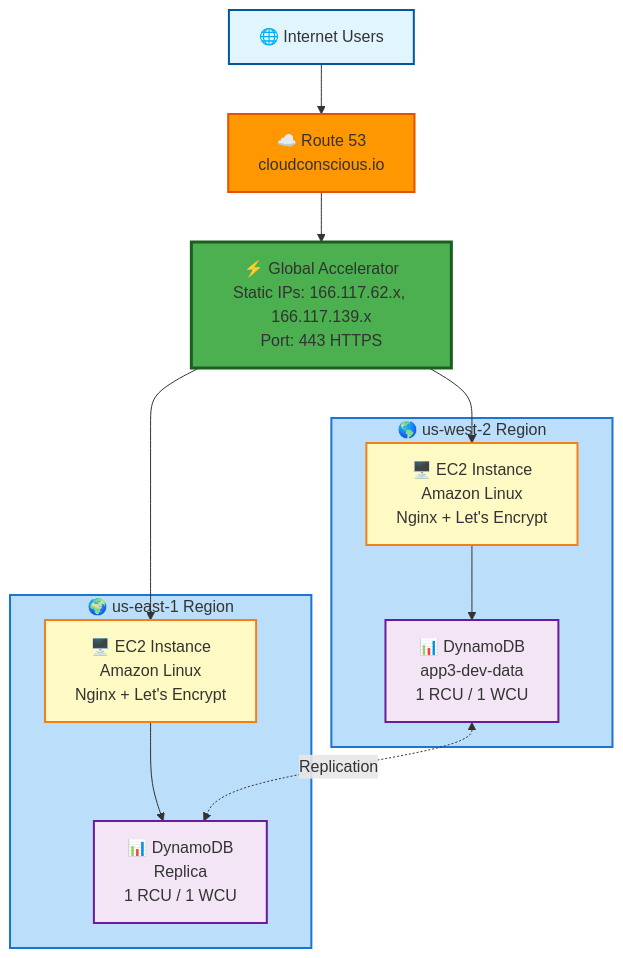
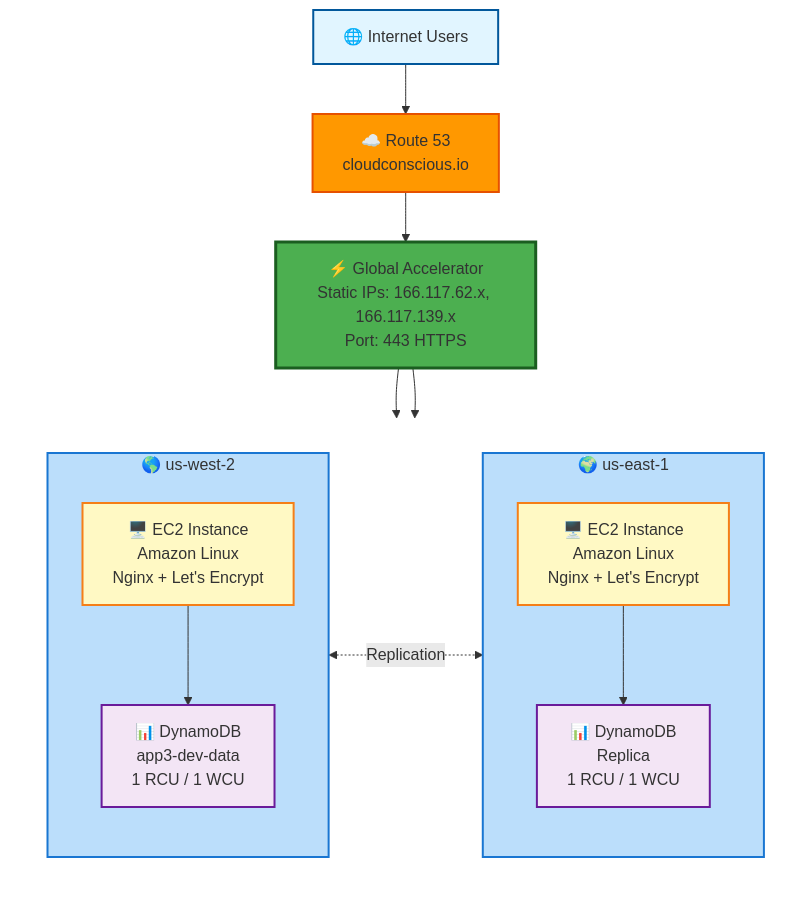
Before and after one commit to vegatros/repo1: the diagram in terraform/stacks/app3/README.md, drawn with Mermaid.

Commit message:
Align regions side by side using parent subgraph with LR direction

````diff
--- a/terraform/stacks/app3/README.md
+++ b/terraform/stacks/app3/README.md
@@ -9,34 +9,42 @@
 ```mermaid
-flowchart TB
+flowchart TD
     Users[🌐 Internet Users]
     R53[☁️ Route 53<br/>cloudconscious.io]
     GA[⚡ Global Accelerator<br/>Static IPs: 166.117.62.x, 166.117.139.x<br/>Port: 443 HTTPS]
     
-    subgraph West[🌎 us-west-2 Region]
-        EC2W[🖥️ EC2 Instance<br/>Amazon Linux<br/>Nginx + Let's Encrypt]
-        DDBW[📊 DynamoDB<br/>app3-dev-data<br/>1 RCU / 1 WCU]
+    Users --> R53
+    R53 --> GA
+    
+    GA --> West
+    GA --> East
+    
+    subgraph Regions[" "]
+        direction LR
+        subgraph West[🌎 us-west-2]
+            direction TB
+            EC2W[🖥️ EC2 Instance<br/>Amazon Linux<br/>Nginx + Let's Encrypt]
+            DDBW[📊 DynamoDB<br/>app3-dev-data<br/>1 RCU / 1 WCU]
+            EC2W --> DDBW
+        end
+        
+        subgraph East[🌍 us-east-1]
+            direction TB
+            EC2E[🖥️ EC2 Instance<br/>Amazon Linux<br/>Nginx + Let's Encrypt]
+            DDBE[📊 DynamoDB<br/>Replica<br/>1 RCU / 1 WCU]
+            EC2E --> DDBE
+        end
     end
     
-    subgraph East[🌍 us-east-1 Region]
-        EC2E[🖥️ EC2 Instance<br/>Amazon Linux<br/>Nginx + Let's Encrypt]
-        DDBE[📊 DynamoDB<br/>Replica<br/>1 RCU / 1 WCU]
-    end
-    
-    Users --> R53
-    R53 --> GA
-    GA --> EC2W
-    GA --> EC2E
-    EC2W --> DDBW
-    EC2E --> DDBE
     DDBW <-.Replication.-> DDBE
     
     style Users fill:#e1f5ff,stroke:#01579b,stroke-width:2px
     style R53 fill:#ff9800,stroke:#e65100,stroke-width:2px
     style GA fill:#4caf50,stroke:#1b5e20,stroke-width:3px
+    style Regions fill:none,stroke:none
     style West fill:#bbdefb,stroke:#1976d2,stroke-width:2px
     style East fill:#bbdefb,stroke:#1976d2,stroke-width:2px
     style EC2W fill:#fff9c4,stroke:#f57f17,stroke-width:2px
     style EC2E fill:#fff9c4,stroke:#f57f17,stroke-width:2px
     style DDBW fill:#f3e5f5,stroke:#6a1b9a,stroke-width:2px
     style DDBE fill:#f3e5f5,stroke:#6a1b9a,stroke-width:2px
 ```
````
